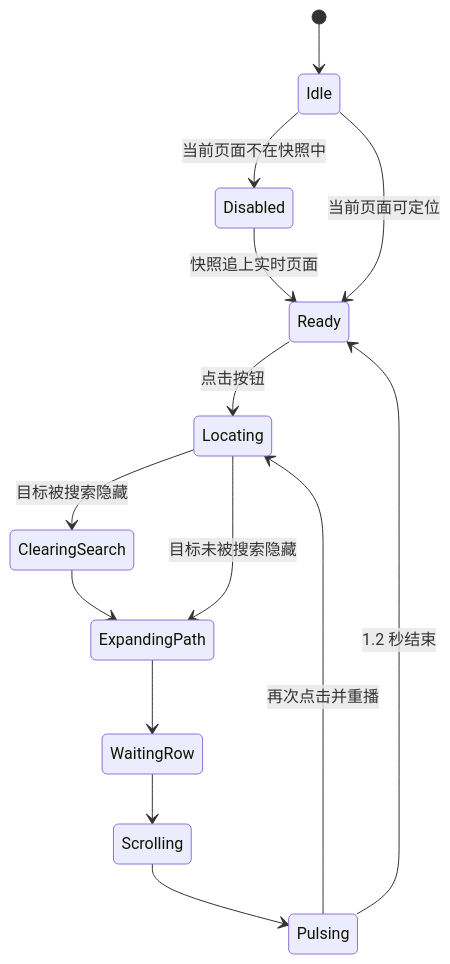
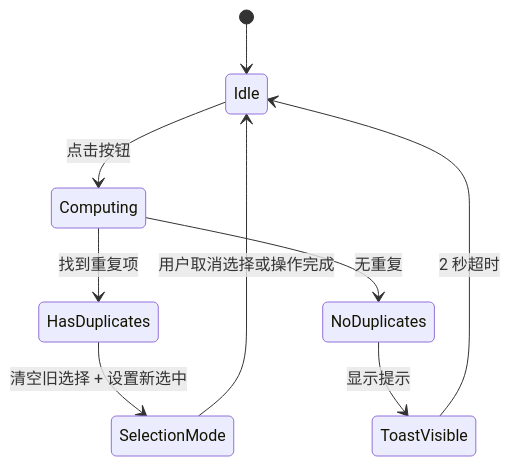
Before and after one commit to pmgO12Y/tabM_Chrome: the second of 2 diagrams in SPEC.md, drawn with Mermaid. The commit also changed other lines of this file and 52 other files, not shown here.

````diff
--- a/SPEC.md
+++ b/SPEC.md
@@ -240,16 +276,11 @@
 ```mermaid
 stateDiagram-v2
     [*] --> Idle
-    Idle --> Disabled: 当前页面不在快照中
-    Idle --> Ready: 当前页面可定位
-    Disabled --> Ready: 快照追上实时页面
-    Ready --> Locating: 点击按钮
-    Locating --> ClearingSearch: 目标被搜索隐藏
-    Locating --> ExpandingPath: 目标未被搜索隐藏
-    ClearingSearch --> ExpandingPath
-    ExpandingPath --> WaitingRow
-    WaitingRow --> Scrolling
-    Scrolling --> Pulsing
-    Pulsing --> Ready: 1.2 秒结束
-    Pulsing --> Locating: 再次点击并重播
+    Idle --> Computing: 点击按钮
+    Computing --> HasDuplicates: 找到重复项
+    Computing --> NoDuplicates: 无重复
+    HasDuplicates --> SelectionMode: 清空旧选择 + 设置新选中
+    SelectionMode --> Idle: 用户取消选择或操作完成
+    NoDuplicates --> ToastVisible: 显示提示
+    ToastVisible --> Idle: 2 秒超时
 ```
````
